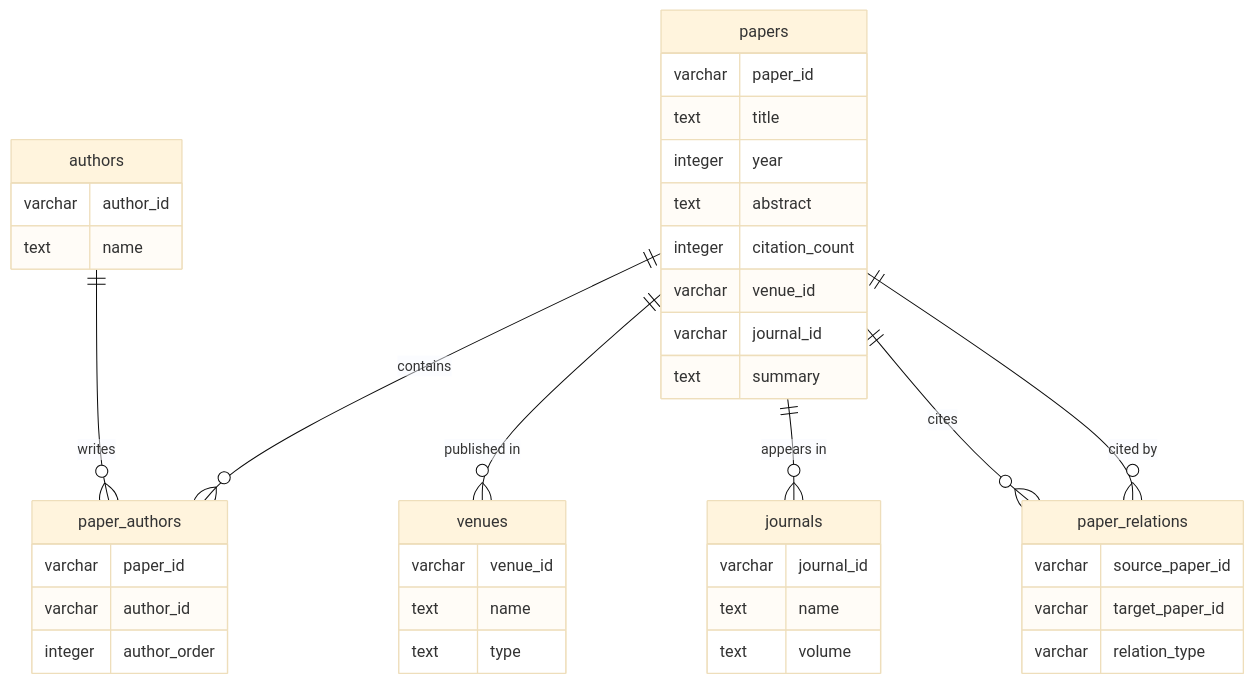
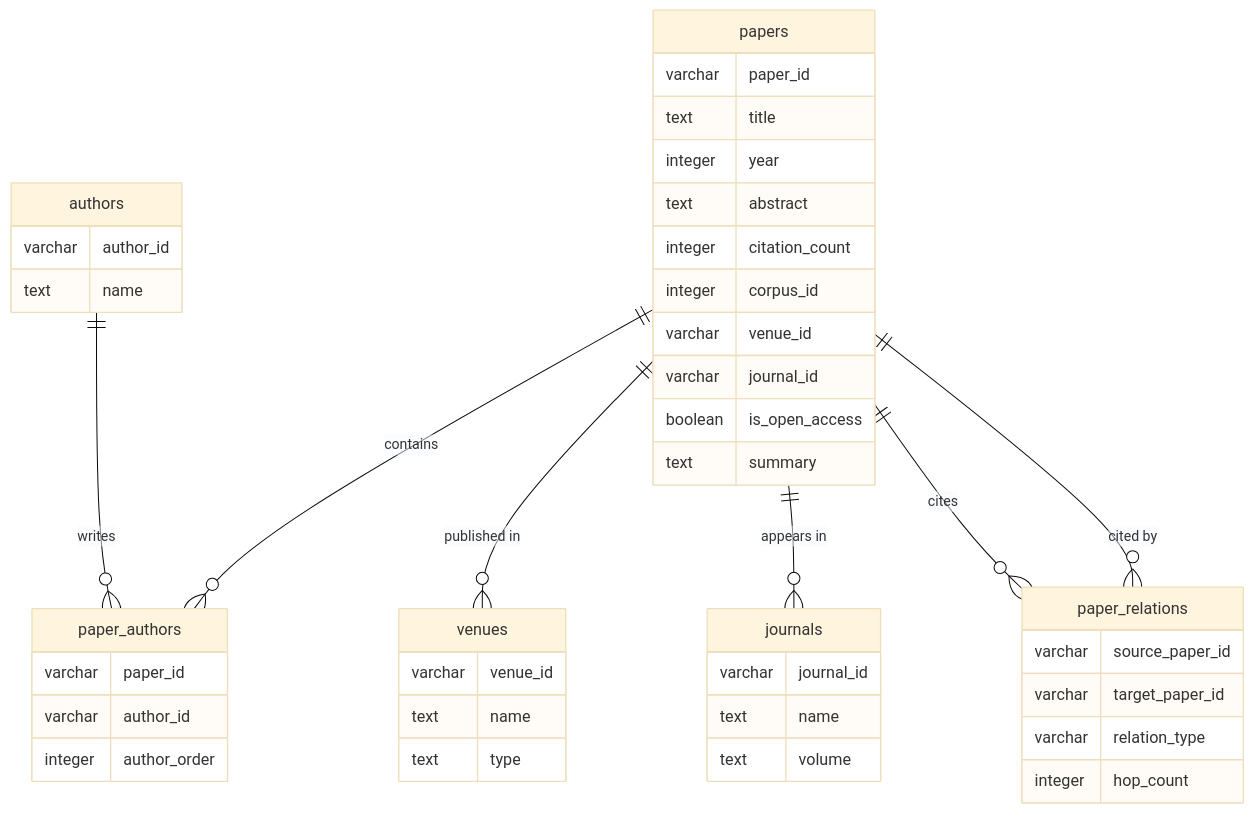
Before and after one commit to tsuji-tomonori/ref-net: the first of 2 diagrams in docs/spec/table/postgresql_tables.md, drawn with Mermaid (base theme). The commit also changed other lines of this file, not shown here.

````diff
--- a/docs/spec/table/postgresql_tables.md
+++ b/docs/spec/table/postgresql_tables.md
@@ -7,49 +7,52 @@
 ```mermaid
 erDiagram
     papers {
         varchar paper_id
         text title
         integer year
         text abstract
         integer citation_count
+        integer corpus_id
         varchar venue_id
         varchar journal_id
+        boolean is_open_access
         text summary
     }
     
     authors {
         varchar author_id
         text name
     }
     
     venues {
         varchar venue_id
         text name
         text type
     }
     
     journals {
         varchar journal_id
         text name
         text volume
     }
     
     paper_authors {
         varchar paper_id
         varchar author_id
         integer author_order
     }
     
     paper_relations {
         varchar source_paper_id
         varchar target_paper_id
         varchar relation_type
+        integer hop_count
     }
     
     papers ||--o{ paper_authors : contains
     authors ||--o{ paper_authors : writes
     papers ||--o{ venues : "published in"
     papers ||--o{ journals : "appears in"
     papers ||--o{ paper_relations : cites
     papers ||--o{ paper_relations : "cited by"
 ```
````
